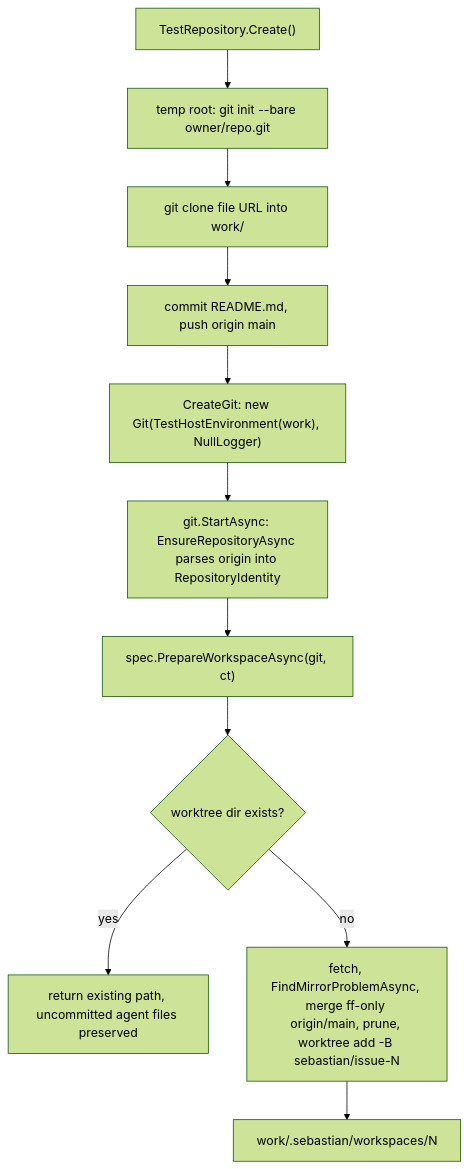
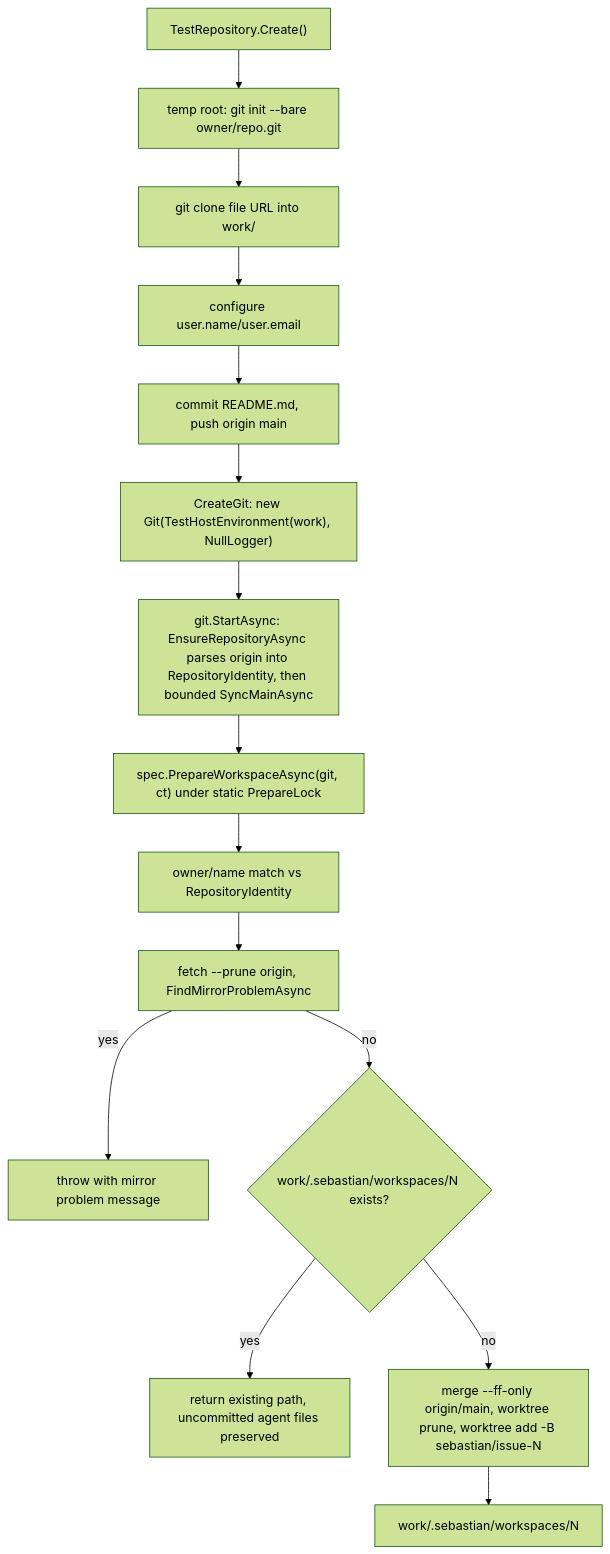
The diagram in openwiki/testing/test-strategy.md (ToufiqSenpai/sebastian), drawn with Mermaid (forest theme) before and after one commit. The commit also changed other lines of this file and 39 other files, not shown here.

````diff
--- a/openwiki/testing/test-strategy.md
+++ b/openwiki/testing/test-strategy.md
@@ -142,13 +159,17 @@
 ```mermaid
 flowchart TD
     A["TestRepository.Create()"] --> B["temp root: git init --bare owner/repo.git"]
     B --> C["git clone file URL into work/"]
-    C --> D["commit README.md, push origin main"]
-    D --> E["CreateGit: new Git(TestHostEnvironment(work), NullLogger)"]
-    E --> F["git.StartAsync: EnsureRepositoryAsync parses origin into RepositoryIdentity"]
-    F --> G["spec.PrepareWorkspaceAsync(git, ct)"]
-    G --> H{"worktree dir exists?"}
-    H -->|yes| I["return existing path, uncommitted agent files preserved"]
-    H -->|no| J["fetch, FindMirrorProblemAsync, merge ff-only origin/main, prune, worktree add -B sebastian/issue-N"]
-    J --> K["work/.sebastian/workspaces/N"]
+    C --> D["configure user.name/user.email"]
+    D --> E["commit README.md, push origin main"]
+    E --> F["CreateGit: new Git(TestHostEnvironment(work), NullLogger)"]
+    F --> G["git.StartAsync: EnsureRepositoryAsync parses origin into RepositoryIdentity, then bounded SyncMainAsync"]
+    G --> H["spec.PrepareWorkspaceAsync(git, ct) under static PrepareLock"]
+    H --> I["owner/name match vs RepositoryIdentity"]
+    I --> J["fetch --prune origin, FindMirrorProblemAsync"]
+    J -->|yes| K["throw with mirror problem message"]
+    J -->|no| L{"work/.sebastian/workspaces/N exists?"}
+    L -->|yes| M["return existing path, uncommitted agent files preserved"]
+    L -->|no| N["merge --ff-only origin/main, worktree prune, worktree add -B sebastian/issue-N"]
+    N --> O["work/.sebastian/workspaces/N"]
 ```
````
